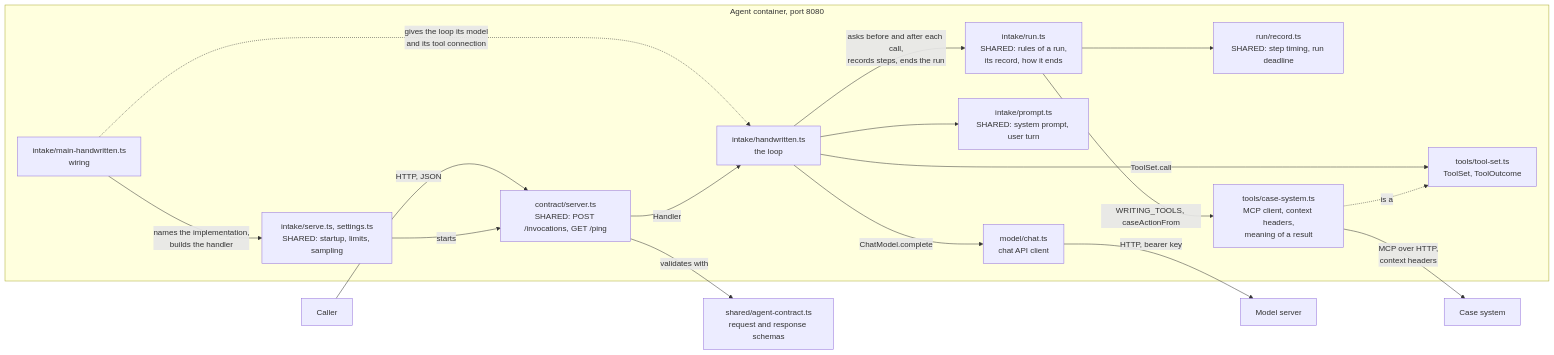
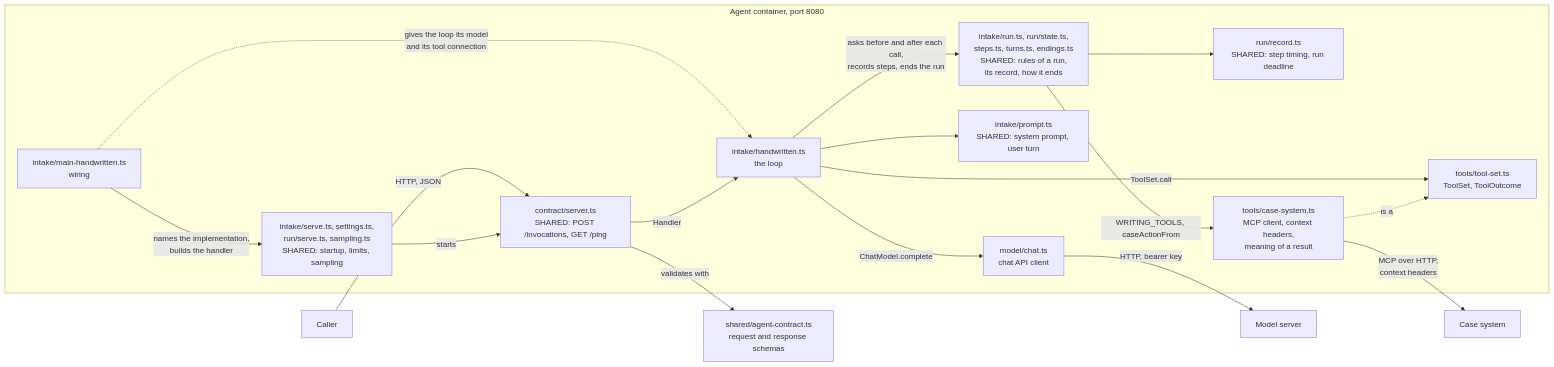
The first of 4 diagrams in docs/architecture/intake-agent-handwritten.md (AndrewPHunter/ai-on-aws), drawn with Mermaid before and after one commit. The commit also changed other lines of this file and 16 other files, not shown here.

First line of the commit message:
Agents: startup and the run record are shared, not intake's

````diff
--- a/docs/architecture/intake-agent-handwritten.md
+++ b/docs/architecture/intake-agent-handwritten.md
@@ -23,37 +23,37 @@
 ```mermaid
 flowchart LR
     Caller["Caller"]
 
     subgraph Agent["Agent container, port 8080"]
         Main["intake/main-handwritten.ts<br/>wiring"]
-        Serve["intake/serve.ts, settings.ts<br/>SHARED: startup, limits, sampling"]
+        Serve["intake/serve.ts, settings.ts,<br/>run/serve.ts, sampling.ts<br/>SHARED: startup, limits, sampling"]
         Server["contract/server.ts<br/>SHARED: POST /invocations, GET /ping"]
         Loop["intake/handwritten.ts<br/>the loop"]
-        Run["intake/run.ts<br/>SHARED: rules of a run,<br/>its record, how it ends"]
+        Run["intake/run.ts, run/state.ts,<br/>steps.ts, turns.ts, endings.ts<br/>SHARED: rules of a run,<br/>its record, how it ends"]
         Prompt["intake/prompt.ts<br/>SHARED: system prompt, user turn"]
         Record["run/record.ts<br/>SHARED: step timing, run deadline"]
         ToolSet["tools/tool-set.ts<br/>ToolSet, ToolOutcome"]
         CaseTools["tools/case-system.ts<br/>MCP client, context headers,<br/>meaning of a result"]
         Chat["model/chat.ts<br/>chat API client"]
     end
 
     Contract["shared/agent-contract.ts<br/>request and response schemas"]
     Model["Model server"]
     Cases["Case system"]
 
     Caller -->|"HTTP, JSON"| Server
     Main -->|"names the implementation,<br/>builds the handler"| Serve
     Serve -->|"starts"| Server
     Main -. "gives the loop its model<br/>and its tool connection" .-> Loop
     Server -->|"Handler"| Loop
     Loop --> Prompt
     Loop -->|"asks before and after each call,<br/>records steps, ends the run"| Run
     Run --> Record
     Loop -->|"ChatModel.complete"| Chat
     Loop -->|"ToolSet.call"| ToolSet
     CaseTools -. "is a" .-> ToolSet
     Run -->|"WRITING_TOOLS, caseActionFrom"| CaseTools
     Server -->|"validates with"| Contract
     Chat -->|"HTTP, bearer key"| Model
     CaseTools -->|"MCP over HTTP,<br/>context headers"| Cases
 ```
````
